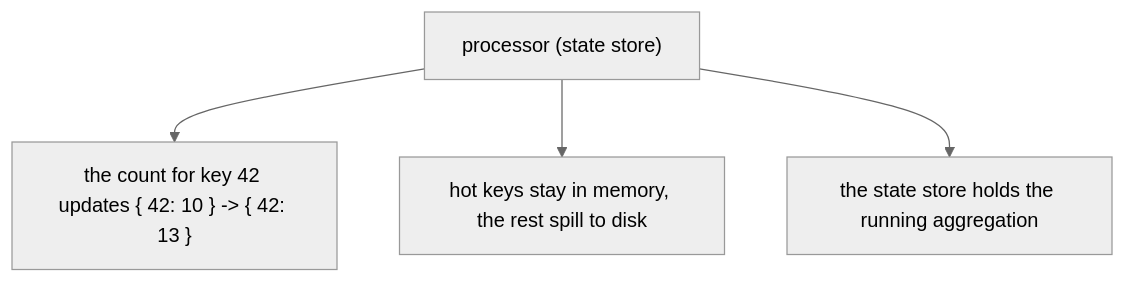
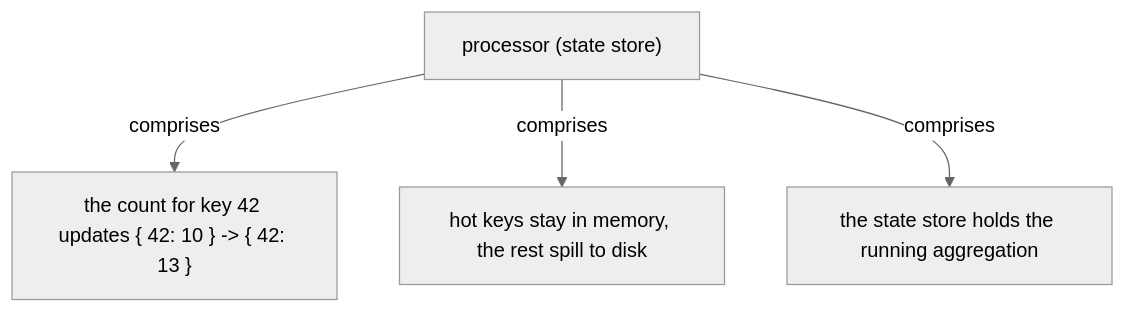
Before and after one commit to vinayakuber/streaming-systems-study-guide: the fifth of 19 diagrams in docs/ch07-the-practicalities-of-persistent-state.md, drawn with Mermaid (neutral theme). The commit also changed other lines of this file and 22 other files, not shown here.

First line of the commit message:
R18: label every diagram arrow with its meaning

````diff
--- a/docs/ch07-the-practicalities-of-persistent-state.md
+++ b/docs/ch07-the-practicalities-of-persistent-state.md
@@ -155,7 +155,7 @@
 ```mermaid
 flowchart TD
   R["processor (state store)"]
-  R --> P0["the count for key 42 updates { 42: 10 } -&gt; { 42: 13 }"]
-  R --> P1["hot keys stay in memory, the rest spill to disk"]
-  R --> P2["the state store holds the running aggregation"]
+  R -->|"comprises"| P0["the count for key 42 updates { 42: 10 } -&gt; { 42: 13 }"]
+  R -->|"comprises"| P1["hot keys stay in memory, the rest spill to disk"]
+  R -->|"comprises"| P2["the state store holds the running aggregation"]
 ```
````
